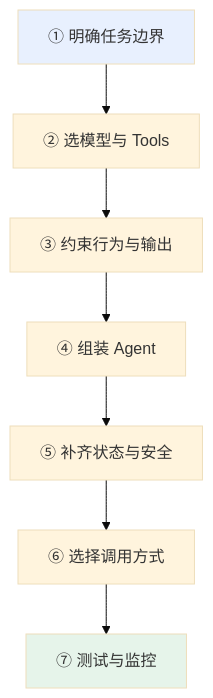
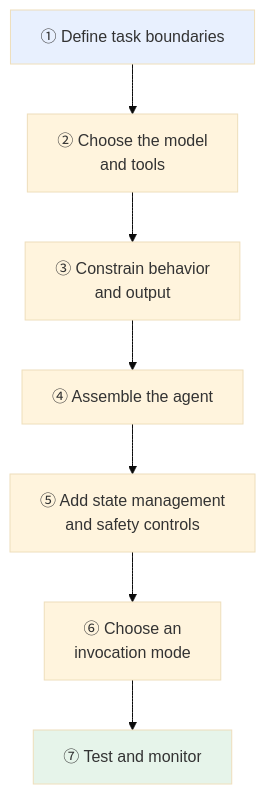
Before and after one commit to oneleaveknowsthefall/awesome-ai-roadmap: the first of 3 diagrams in docs/frameworks/01-langchain/02-agent-building/04-build-agent.md, drawn with Mermaid (base theme). The commit also changed other lines of this file and 70 other files, not shown here.

````diff
--- a/docs/frameworks/01-langchain/02-agent-building/04-build-agent.md
+++ b/docs/frameworks/01-langchain/02-agent-building/04-build-agent.md
@@ -19,7 +19,7 @@
 ```mermaid
 flowchart TB
-    S1["① 明确任务边界"] --> S2["② 选模型与 Tools"] --> S3["③ 约束行为与输出"] --> S4["④ 组装 Agent"] --> S5["⑤ 补齐状态与安全"] --> S6["⑥ 选择调用方式"] --> S7["⑦ 测试与监控"]
+    S1["① Define task boundaries"] --> S2["② Choose the model<br/>and tools"] --> S3["③ Constrain behavior<br/>and output"] --> S4["④ Assemble the agent"] --> S5["⑤ Add state management<br/>and safety controls"] --> S6["⑥ Choose an<br/>invocation mode"] --> S7["⑦ Test and monitor"]
 
     style S1 fill:#e8f0fe
     style S7 fill:#e6f4ea
 ```
````
